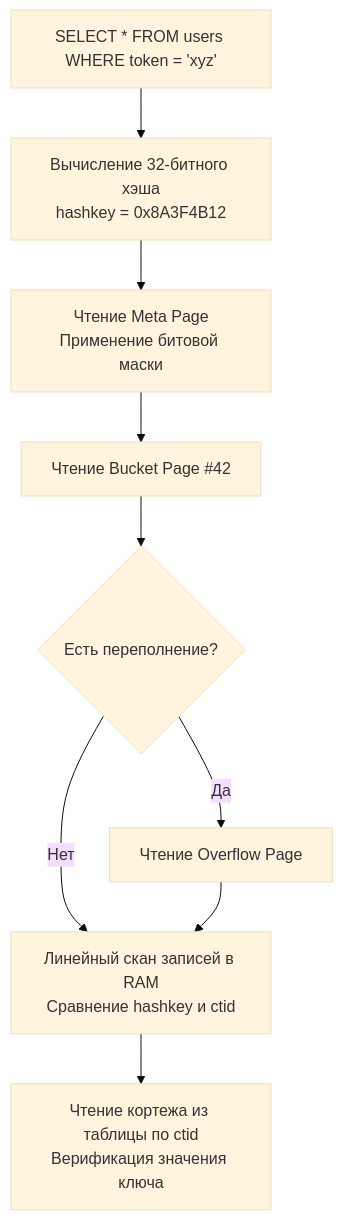
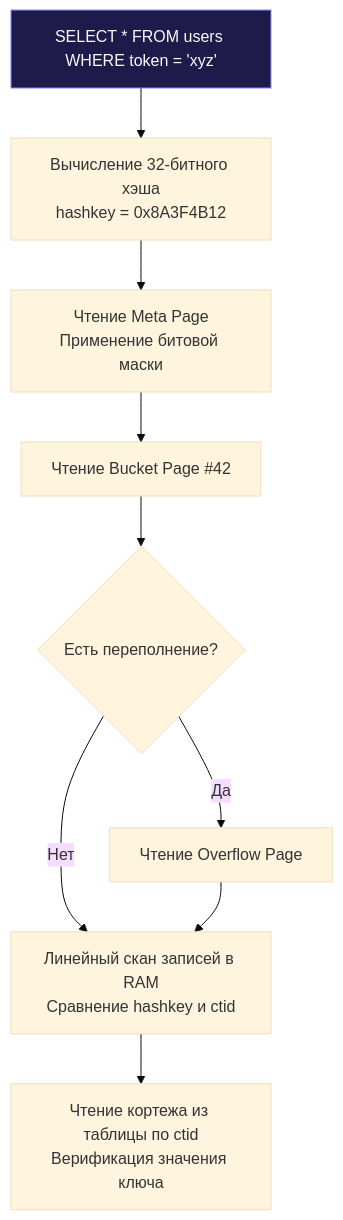
One commit to UnrealTemplier/go-textbook changed the diagram in sources/12. Базы данных/04. Индексы и производительность/3. Hash индекс.md. Above: the diagram before and after it, drawn with Mermaid (base theme). The commit also changed 1666 other files, not shown here.

First line of the commit message:
feat(mermaid): add semantic color classDef to 1369 colorless flowchart/graph diagrams

````diff
--- a/sources/12. Базы данных/04. Индексы и производительность/3. Hash индекс.md
+++ b/sources/12. Базы данных/04. Индексы и производительность/3. Hash индекс.md
@@ -39,11 +39,21 @@
 ```mermaid
 flowchart TD
-    Query["SELECT * FROM users WHERE token = 'xyz'"] --> HashCalc["Вычисление 32-битного хэша<br>hashkey = 0x8A3F4B12"]
+    classDef process  fill:#1e293b,stroke:#38bdf8,stroke-width:1px,color:#f8fafc
+    classDef success  fill:#064e3b,stroke:#34d399,stroke-width:1px,color:#f8fafc
+    classDef error    fill:#7f1d1d,stroke:#f87171,stroke-width:1px,color:#f8fafc
+    classDef warning  fill:#78350f,stroke:#fbbf24,stroke-width:1px,color:#f8fafc
+    classDef entry    fill:#1e3a5f,stroke:#38bdf8,stroke-width:2px,color:#f8fafc
+    classDef aux      fill:#334155,stroke:#64748b,stroke-width:1px,color:#f8fafc
+    classDef system   fill:#312e81,stroke:#a78bfa,stroke-width:1px,color:#f8fafc
+    classDef data     fill:#132d29,stroke:#2dd4bf,stroke-width:1px,color:#f8fafc
+    classDef network  fill:#881337,stroke:#fb7185,stroke-width:1px,color:#f8fafc
+    classDef accent   fill:#1e1b4b,stroke:#818cf8,stroke-width:1px,color:#f8fafc
+    Query["SELECT * FROM users WHERE token = 'xyz'"]:::accent --> HashCalc["Вычисление 32-битного хэша<br>hashkey = 0x8A3F4B12"]
     HashCalc --> Meta["Чтение Meta Page<br>Применение битовой маски"]
     Meta --> Bucket["Чтение Bucket Page #42"]
     Bucket --> OverCheck{"Есть переполнение?"}
     OverCheck -- "Да" --> OverPage["Чтение Overflow Page"]
     OverCheck -- "Нет" --> Scan["Линейный скан записей в RAM<br>Сравнение hashkey и ctid"]
     OverPage --> Scan
     Scan --> Table["Чтение кортежа из таблицы по ctid<br>Верификация значения ключа"]
 ```
````
